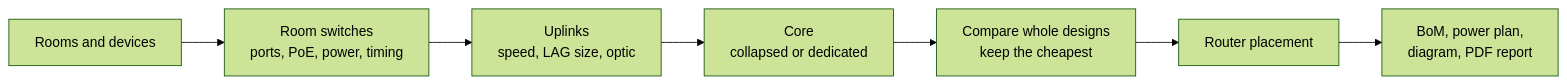
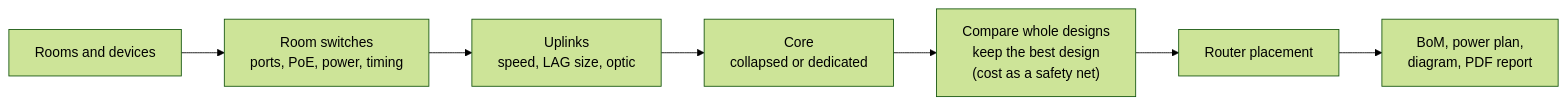
Before and after one commit to MichaelDNTGR/ntgr-bom-public: the diagram in README.md, drawn with Mermaid (forest theme). The commit also changed other lines of this file and 49 other files, not shown here.

First line of the commit message:
Best design first, third-party modules for long runs, and brands in the BoM

````diff
--- a/README.md
+++ b/README.md
@@ -9,9 +9,9 @@
 ```mermaid
 flowchart LR
     A["Rooms and devices"] --> B["Room switches<br/>ports, PoE, power, timing"]
     B --> C["Uplinks<br/>speed, LAG size, optic"]
     C --> D["Core<br/>collapsed or dedicated"]
-    D --> E["Compare whole designs<br/>keep the cheapest"]
+    D --> E["Compare whole designs<br/>keep the best design<br/>(cost as a safety net)"]
     E --> F["Router placement"]
     F --> G["BoM, power plan,<br/>diagram, PDF report"]
 ```
````
